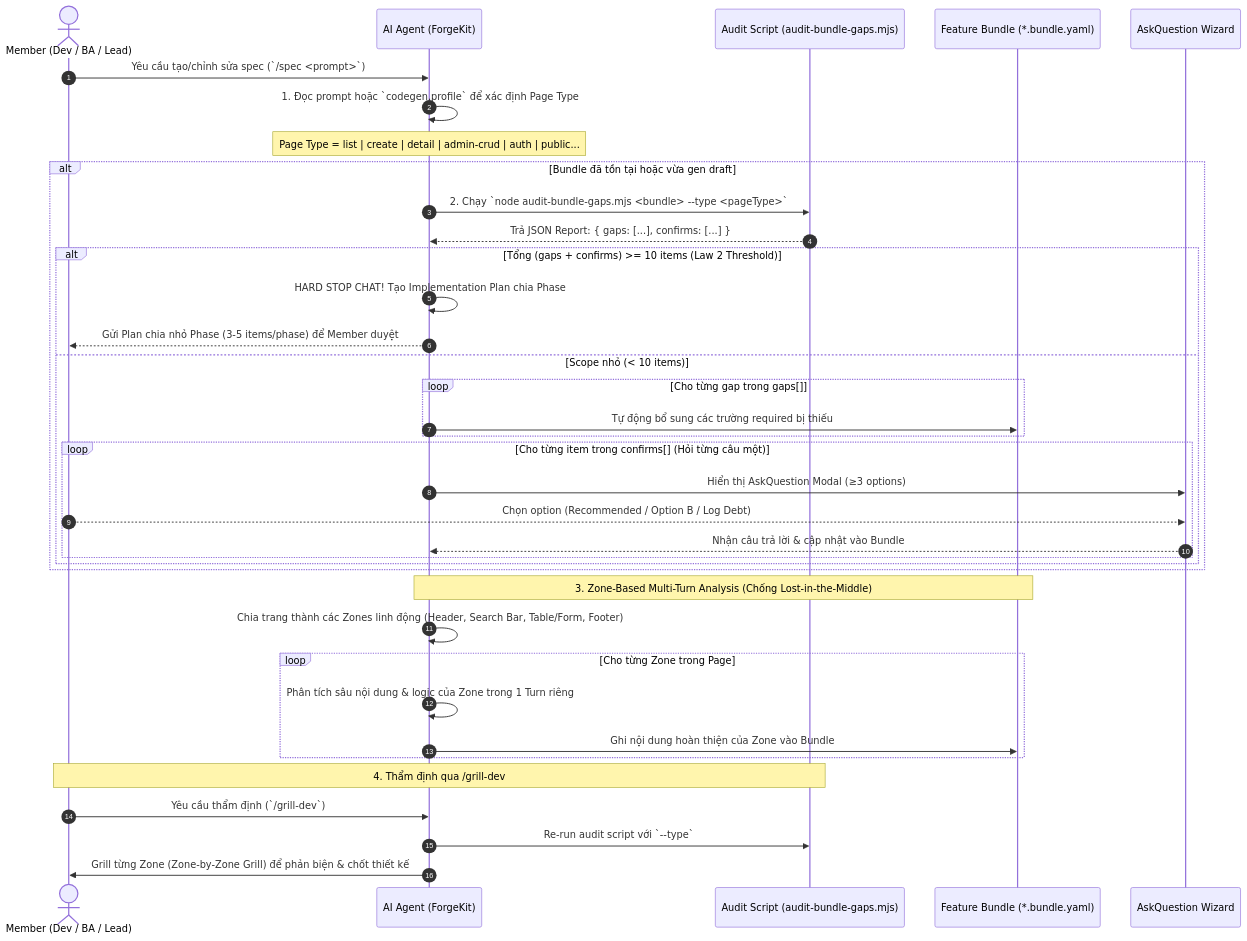
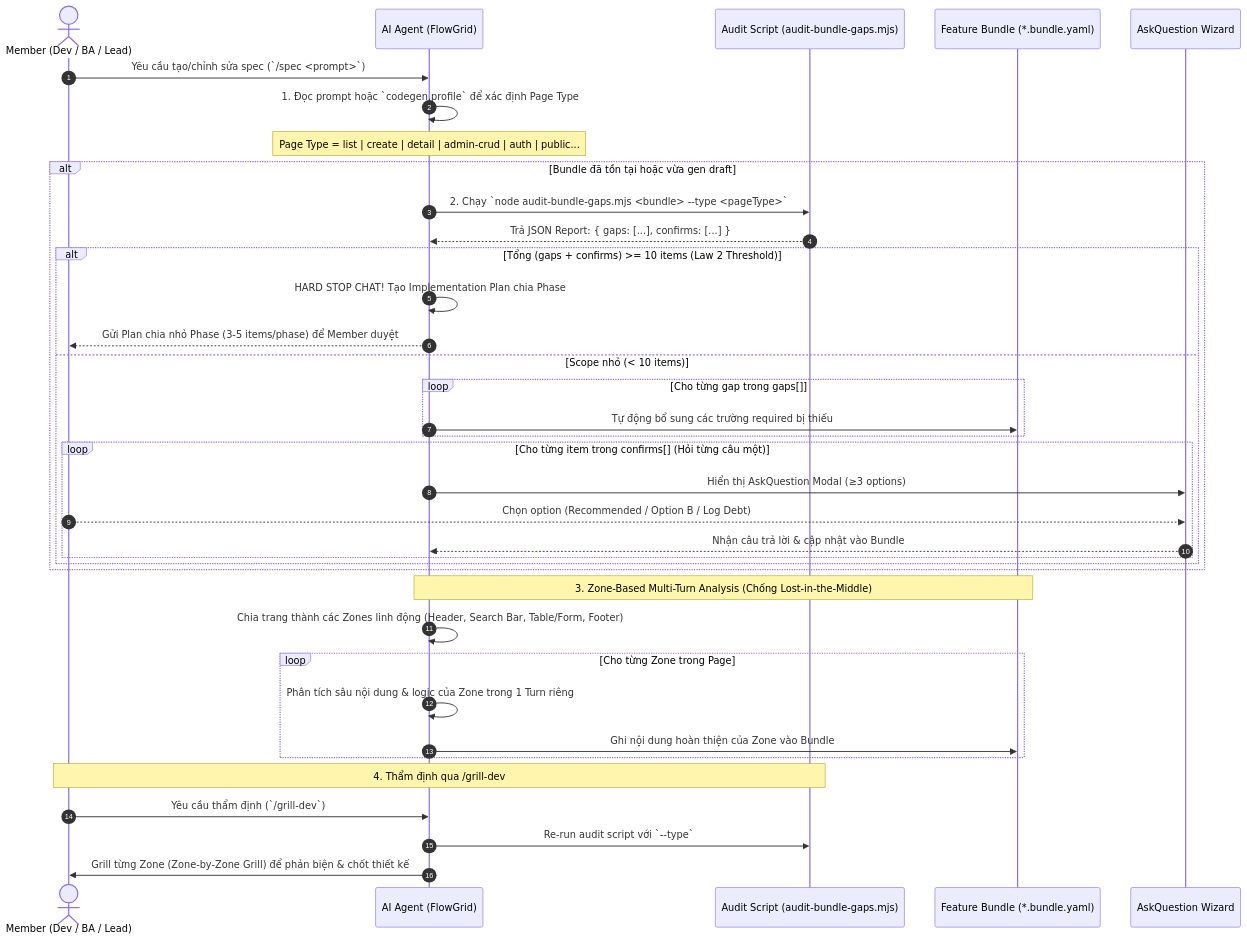
The diagram in docs/1-guide/spec-grill-audit-workflow.md (ShanYuCoder/flowgrid), drawn with Mermaid before and after one commit. The commit also changed other lines of this file and 14 other files, not shown here.

Commit message:
rename toolkit to flowgrid

````diff
--- a/docs/1-guide/spec-grill-audit-workflow.md
+++ b/docs/1-guide/spec-grill-audit-workflow.md
@@ -40,48 +40,48 @@
 ```mermaid
 sequenceDiagram
     autonumber
     actor Member as Member (Dev / BA / Lead)
-    participant Agent as AI Agent (ForgeKit)
+    participant Agent as AI Agent (FlowGrid)
     participant Script as Audit Script (audit-bundle-gaps.mjs)
     participant Bundle as Feature Bundle (*.bundle.yaml)
     participant Wizard as AskQuestion Wizard
 
     %% STEP 1: PAGE TYPE DETECTION
     Member->>Agent: Yêu cầu tạo/chỉnh sửa spec (`/spec <prompt>`)
     Agent->>Agent: 1. Đọc prompt hoặc `codegen.profile` để xác định Page Type
     note over Agent: Page Type = list | create | detail | admin-crud | auth | public...
 
     %% STEP 2: AUDIT INTERLOCK
     alt Bundle đã tồn tại hoặc vừa gen draft
         Agent->>Script: 2. Chạy `node audit-bundle-gaps.mjs <bundle> --type <pageType>`
         Script-->>Agent: Trả JSON Report: { gaps: [...], confirms: [...] }
         
         alt Tổng (gaps + confirms) >= 10 items (Law 2 Threshold)
             Agent->>Agent: HARD STOP CHAT! Tạo Implementation Plan chia Phase
             Agent-->>Member: Gửi Plan chia nhỏ Phase (3-5 items/phase) để Member duyệt
         else Scope nhỏ (< 10 items)
             loop Cho từng gap trong gaps[]
                 Agent->>Bundle: Tự động bổ sung các trường required bị thiếu
             end
             loop Cho từng item trong confirms[] (Hỏi từng câu một)
                 Agent->>Wizard: Hiển thị AskQuestion Modal (≥3 options)
                 Member-->>Wizard: Chọn option (Recommended / Option B / Log Debt)
                 Wizard-->>Agent: Nhận câu trả lời & cập nhật vào Bundle
             end
         end
     end
 
     %% STEP 3: ZONE-BASED MULTI-TURN ANALYSIS
     note over Agent, Bundle: 3. Zone-Based Multi-Turn Analysis (Chống Lost-in-the-Middle)
     Agent->>Agent: Chia trang thành các Zones linh động (Header, Search Bar, Table/Form, Footer)
     loop Cho từng Zone trong Page
         Agent->>Agent: Phân tích sâu nội dung & logic của Zone trong 1 Turn riêng
         Agent->>Bundle: Ghi nội dung hoàn thiện của Zone vào Bundle
     end
 
     %% STEP 4: GRILL INTERLOCK
     note over Member, Script: 4. Thẩm định qua /grill-dev
     Member->>Agent: Yêu cầu thẩm định (`/grill-dev`)
     Agent->>Script: Re-run audit script với `--type`
     Agent->>Member: Grill từng Zone (Zone-by-Zone Grill) để phản biện & chốt thiết kế
 ```
````
